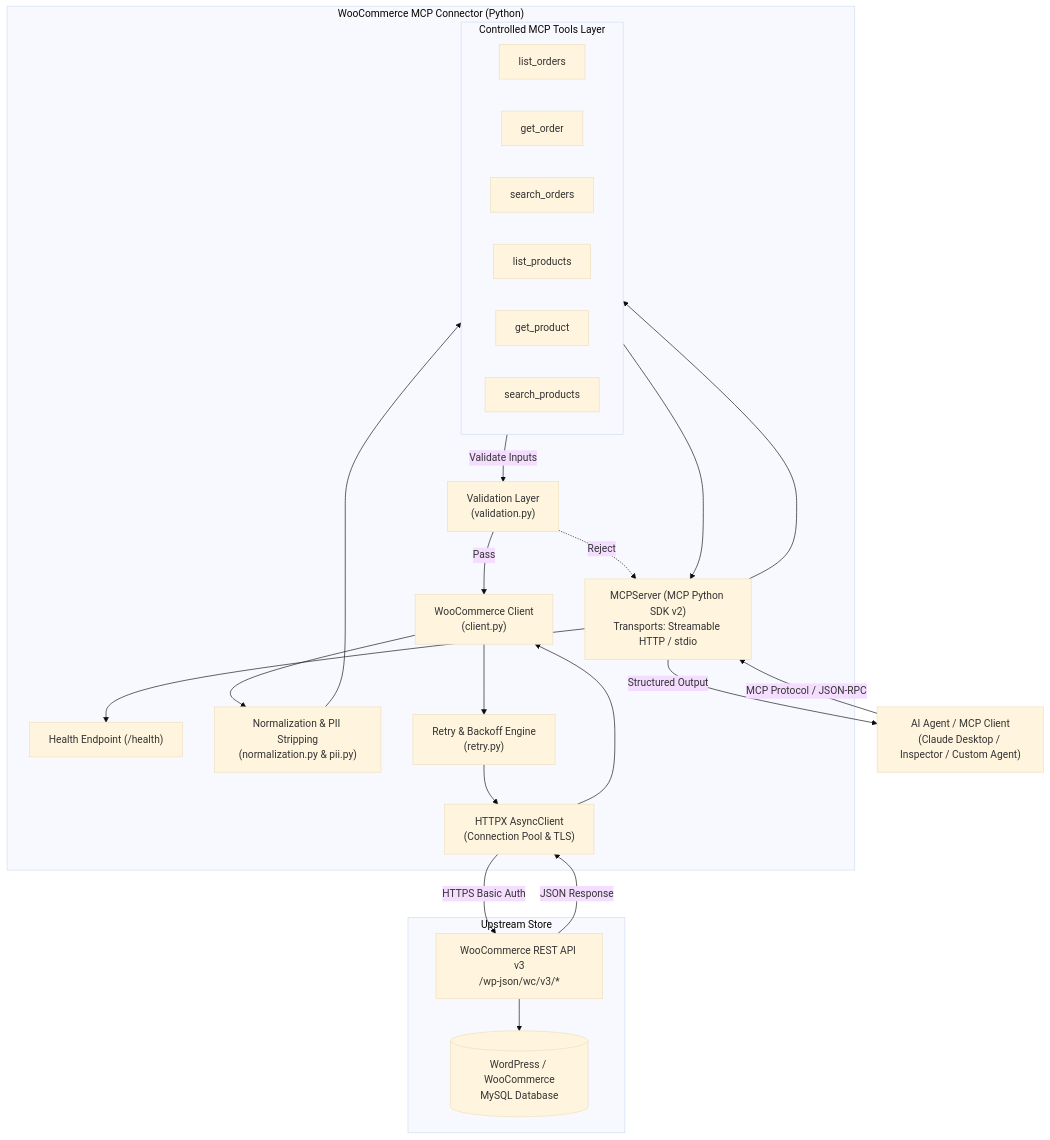
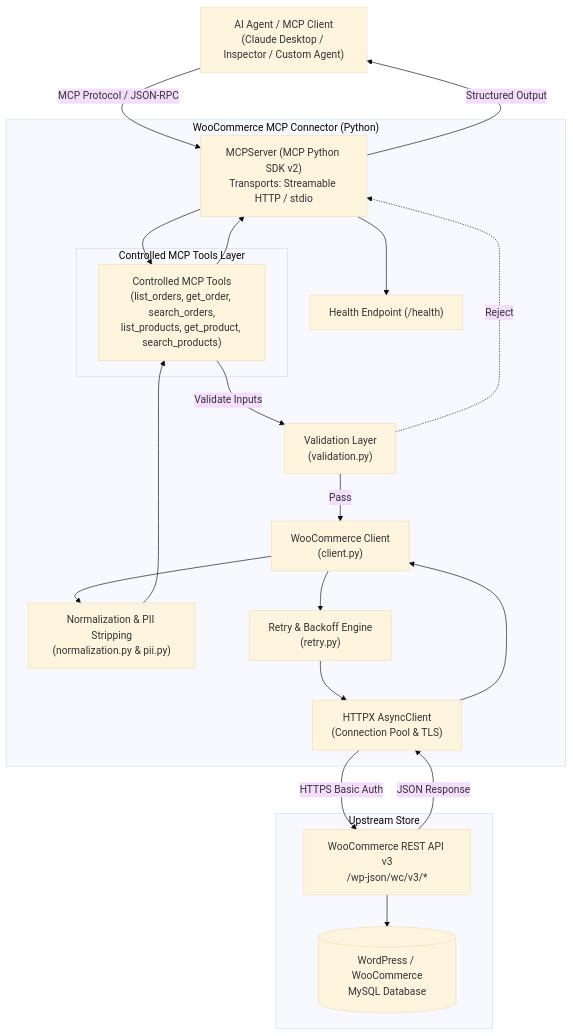
The diagram in docs/ARCHITECTURE.md (HEMANTHSWAMY26/razorpay-fde-woocommerce-connector), drawn with Mermaid (base theme) before and after one commit. The commit also changed 1 other file, not shown here.

Commit message:
docs: improve setup and architecture documentation

````diff
--- a/docs/ARCHITECTURE.md
+++ b/docs/ARCHITECTURE.md
@@ -9,46 +9,41 @@
 ```mermaid
 graph TD
     Client["AI Agent / MCP Client<br/>(Claude Desktop / Inspector / Custom Agent)"]
     
-    subgraph Connector["WooCommerce MCP Connector (Python)"]
+    subgraph Connector ["WooCommerce MCP Connector (Python)"]
         Server["MCPServer (MCP Python SDK v2)<br/>Transports: Streamable HTTP / stdio"]
         HealthRoute["Health Endpoint (/health)"]
         
-        subgraph Tools["Controlled MCP Tools Layer"]
-            T1["list_orders"]
-            T2["get_order"]
-            T3["search_orders"]
-            T4["list_products"]
-            T5["get_product"]
-            T6["search_products"]
+        subgraph ToolsLayer ["Controlled MCP Tools Layer"]
+            Tools["Controlled MCP Tools<br/>(list_orders, get_order, search_orders,<br/>list_products, get_product, search_products)"]
         end
         
         Val["Validation Layer<br/>(validation.py)"]
         Norm["Normalization & PII Stripping<br/>(normalization.py & pii.py)"]
         Retry["Retry & Backoff Engine<br/>(retry.py)"]
         WCClient["WooCommerce Client<br/>(client.py)"]
         HTTPX["HTTPX AsyncClient<br/>(Connection Pool & TLS)"]
     end
     
-    subgraph Upstream["Upstream Store"]
+    subgraph Upstream ["Upstream Store"]
         WCRest["WooCommerce REST API v3<br/>/wp-json/wc/v3/*"]
         StoreDB[("WordPress / WooCommerce<br/>MySQL Database")]
     end
 
     Client -->|MCP Protocol / JSON-RPC| Server
     Server --> HealthRoute
     Server --> Tools
     Tools -->|Validate Inputs| Val
     Val -->|Pass| WCClient
     Val -.->|Reject| Server
     WCClient --> Retry
     Retry --> HTTPX
     HTTPX -->|HTTPS Basic Auth| WCRest
     WCRest --> StoreDB
     WCRest -->|JSON Response| HTTPX
     HTTPX --> WCClient
     WCClient --> Norm
     Norm --> Tools
     Tools --> Server
     Server -->|Structured Output| Client
 ```
````
